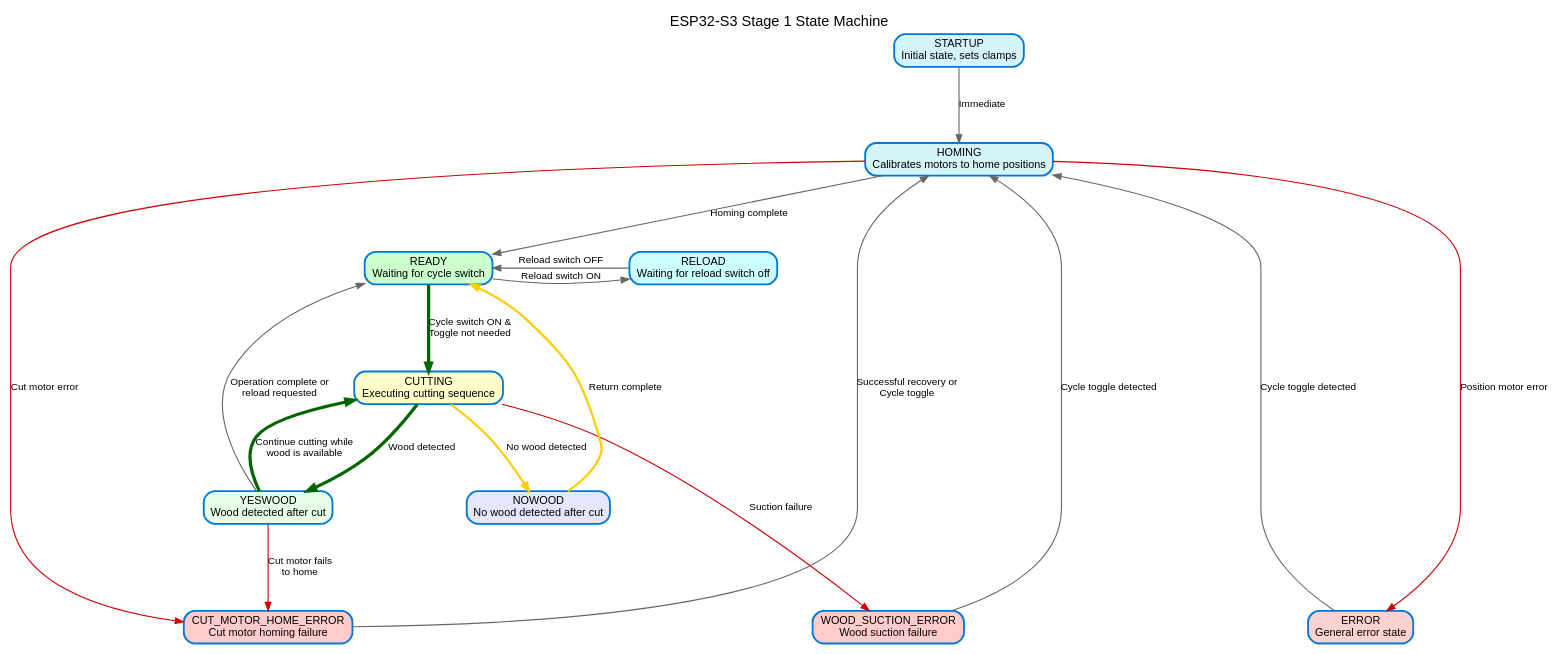
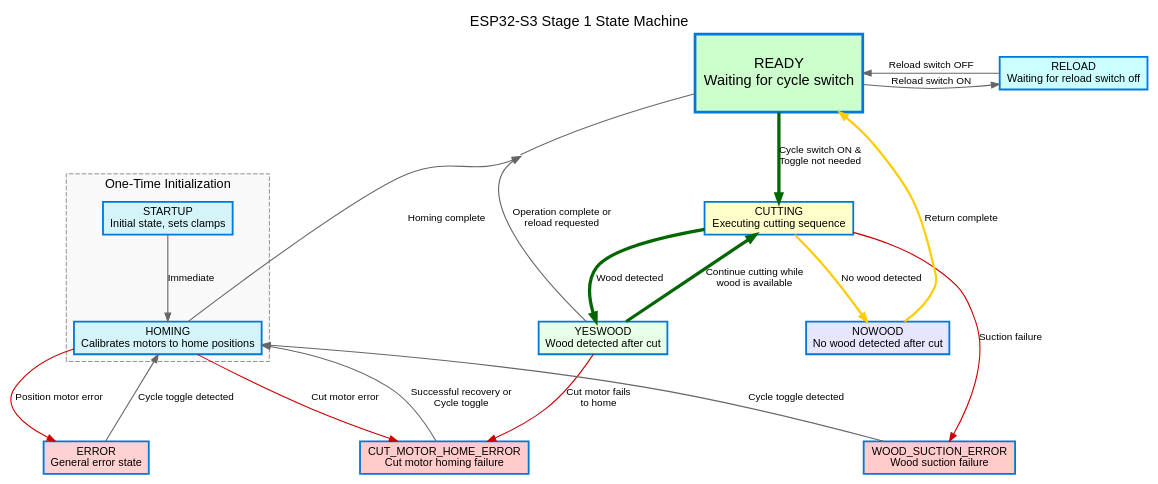
Before and after one commit to akivaweil/Stage-1-Mar25: the diagram in flowcharts/state_machine.dot, drawn with Graphviz. The commit also changed 2 other files, not shown here.

Commit message:
Improve flowchart: section off initialization, make READY more prominent, create sharper corners

```diff
--- a/flowcharts/state_machine.dot
+++ b/flowcharts/state_machine.dot
@@ -1,53 +1,63 @@
 digraph StateMachine {
     // Graph styling
-    graph [fontname="Arial", fontsize=16, nodesep=0.8, ranksep=1.0, splines=true];
-    node [fontname="Arial", fontsize=12, shape=box, style="rounded,filled", fillcolor="#E0F4FF", color="#0078D7", penwidth=2.0];
+    graph [fontname="Arial", fontsize=16, nodesep=0.8, ranksep=1.0, splines=true, concentrate=true];
+    node [fontname="Arial", fontsize=12, shape=box, style="filled", fillcolor="#E0F4FF", color="#0078D7", penwidth=2.0];
     edge [fontname="Arial", fontsize=11, color="#666666", penwidth=1.2, arrowsize=0.9];
 
     // Title
     labelloc="t";
     label="ESP32-S3 Stage 1 State Machine";
 
     // State nodes with descriptive labels
-    STARTUP [label="STARTUP\nInitial state, sets clamps", fillcolor="#D4F4FA"];
-    HOMING [label="HOMING\nCalibrates motors to home positions", fillcolor="#D4F4FA"];
-    READY [label="READY\nWaiting for cycle switch", fillcolor="#CCFFCC"];
+    STARTUP [label="STARTUP\nInitial state, sets clamps", fillcolor="#D4F4FA", group=init];
+    HOMING [label="HOMING\nCalibrates motors to home positions", fillcolor="#D4F4FA", group=init];
+    READY [label="READY\nWaiting for cycle switch", fillcolor="#CCFFCC", fontsize=16, width=1.8, height=1.2, penwidth=3.0];
     RELOAD [label="RELOAD\nWaiting for reload switch off", fillcolor="#CCFFFF"];
     CUTTING [label="CUTTING\nExecuting cutting sequence", fillcolor="#FFFFCC"];
     YESWOOD [label="YESWOOD\nWood detected after cut", fillcolor="#E6FFE6"];
     NOWOOD [label="NOWOOD\nNo wood detected after cut", fillcolor="#E6E6FF"];
     ERROR [label="ERROR\nGeneral error state", fillcolor="#FFD2D2"];
     WOOD_SUCTION_ERROR [label="WOOD_SUCTION_ERROR\nWood suction failure", fillcolor="#FFCCCB"];
     CUT_MOTOR_HOME_ERROR [label="CUT_MOTOR_HOME_ERROR\nCut motor homing failure", fillcolor="#FFCCCB"];
+
+    // Define initialization box
+    subgraph cluster_init {
+        label="One-Time Initialization";
+        style="dashed";
+        color="#888888";
+        fontsize=14;
+        bgcolor="#F9F9F9";
+        STARTUP; HOMING;
+    }
 
     // Transition edges
     STARTUP -> HOMING [label="Immediate"];
     
     HOMING -> READY [label="Homing complete"];
     HOMING -> ERROR [label="Position motor error", color="#CC0000"];
     HOMING -> CUT_MOTOR_HOME_ERROR [label="Cut motor error", color="#CC0000"];
     
     READY -> RELOAD [label="Reload switch ON"];
     READY -> CUTTING [label="Cycle switch ON &\nToggle not needed", color="#006600", penwidth=3.6];
     
     RELOAD -> READY [label="Reload switch OFF"];
     
     CUTTING -> YESWOOD [label="Wood detected", color="#006600", penwidth=3.6];
     CUTTING -> NOWOOD [label="No wood detected", color="#FFCC00", penwidth=2.4];
     CUTTING -> WOOD_SUCTION_ERROR [label="Suction failure", color="#CC0000"];
     
     YESWOOD -> READY [label="Operation complete or\nreload requested"];
     YESWOOD -> CUTTING [label="Continue cutting while\nwood is available", color="#006600", penwidth=3.6];
     YESWOOD -> CUT_MOTOR_HOME_ERROR [label="Cut motor fails\nto home", color="#CC0000"];
     
     NOWOOD -> READY [label="Return complete", color="#FFCC00", penwidth=2.4];
     
     ERROR -> HOMING [label="Cycle toggle detected"];
     WOOD_SUCTION_ERROR -> HOMING [label="Cycle toggle detected"];
     CUT_MOTOR_HOME_ERROR -> HOMING [label="Successful recovery or\nCycle toggle"];
 
     // Formatting to improve layout
     { rank=same; READY RELOAD }
     { rank=same; YESWOOD NOWOOD }
     { rank=same; ERROR WOOD_SUCTION_ERROR CUT_MOTOR_HOME_ERROR }
 } 
```
